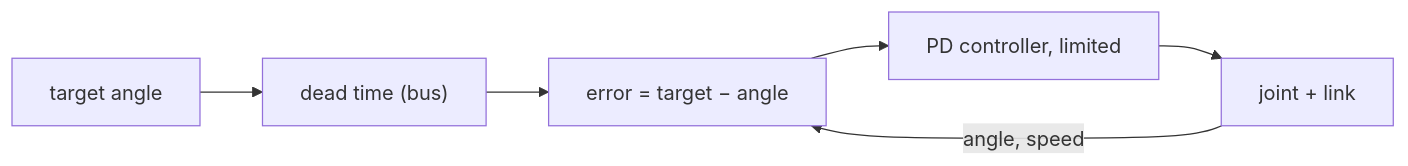
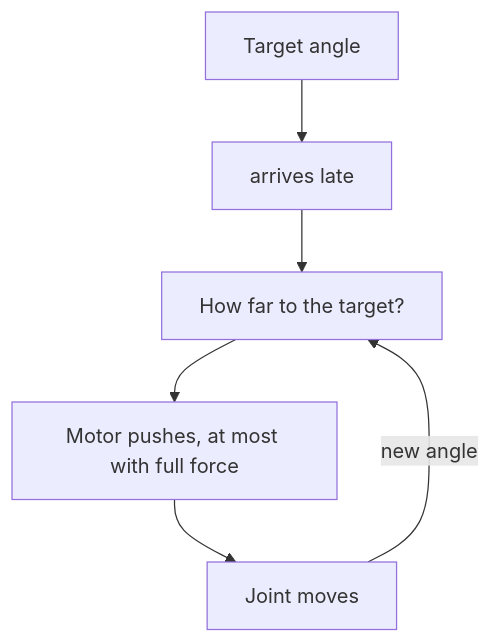
The second of 2 diagrams in kern/docs/book-green/C-physics.md (ChristianHohlfeld/kernengine.de), drawn with Mermaid before and after one commit. The commit also changed other lines of this file and 22 other files, not shown here.

````diff
--- a/kern/docs/book-green/C-physics.md
+++ b/kern/docs/book-green/C-physics.md
@@ -296,8 +344,9 @@
 ```mermaid
-flowchart LR
-  Z["target angle"] --> T["dead time (bus)"]
-  T --> E["error = target − angle"]
-  E --> PD["PD controller, limited"]
-  PD --> G["joint + link"]
-  G -->|"angle, speed"| E
+%% Caption: A servo's control loop – measure, compare, push
+flowchart TB
+  Z["Target angle"] --> T["arrives late"]
+  T --> E["How far to the target?"]
+  E --> PD["Motor pushes, at most with full force"]
+  PD --> G["Joint moves"]
+  G -->|"new angle"| E
 ```
````
